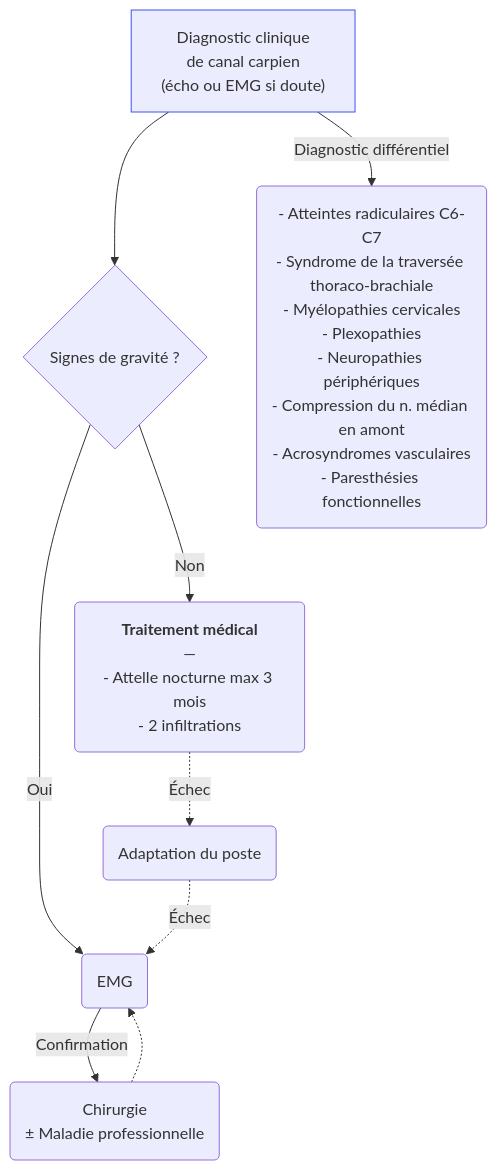
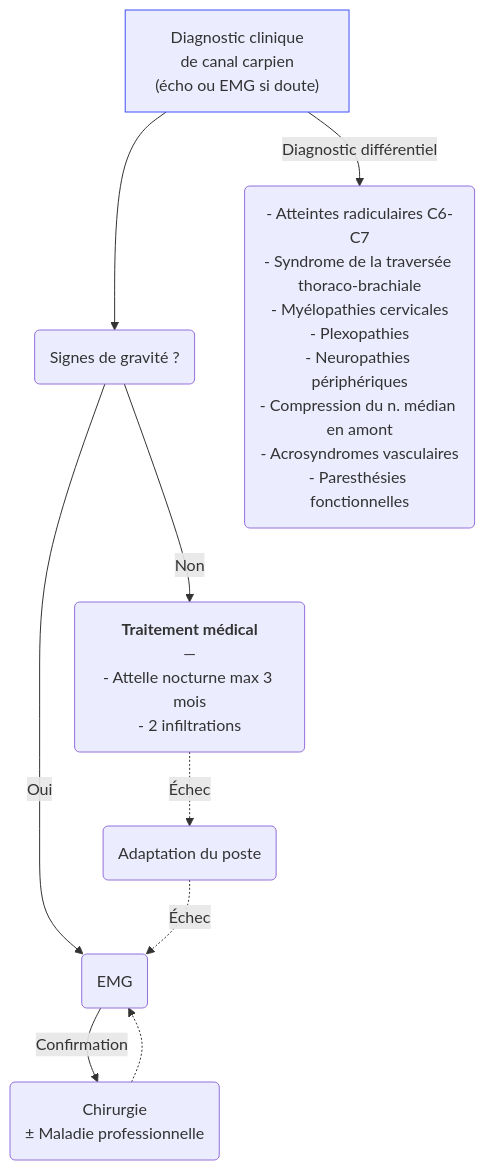
The diagram in content/recommandations/syndrome-canal-carpien.md (djibe/recommandations-medicales), drawn with Mermaid before and after one commit. The commit also changed 8 other files, not shown here.

```diff
--- a/content/recommandations/syndrome-canal-carpien.md
+++ b/content/recommandations/syndrome-canal-carpien.md
@@ -238,8 +238,8 @@
 {{< mermaid title="Prise en charge d'un syndrome du canal carpien. Dr JB Fron d'après HAS 2013 et Ameli 2021" >}}
 graph TD
-diagnostic["Diagnostic clinique<br>de canal carpien<br>(écho ou EMG si doute)"] --> gravite{Signes de gravité ?}
+diagnostic["Diagnostic clinique<br>de canal carpien<br>(écho ou EMG si doute)"] --> gravite(Signes de gravité ?)
 style diagnostic stroke:#4150f5, stroke-width:1px
 diagnostic -- Diagnostic différentiel --> differentiel("- Atteintes radiculaires C6-C7<br>- Syndrome de la traversée thoraco-brachiale<br>- Myélopathies cervicales<br>- Plexopathies<br>- Neuropathies périphériques<br>- Compression du n. médian en amont<br>- Acrosyndromes vasculaires<br>- Paresthésies fonctionnelles")
-  gravite -- Oui --> emg(EMG) -- Confirmation --> chir("Chirurgie<br>± Maladie professionnelle") -.-> emg
-  gravite -- Non --> medical("<strong>Traitement médical</strong><br>—<br>- Attelle nocturne max 3 mois<br>- 2 infiltrations") -. Échec .-> medTravail(Adaptation du poste) -. Échec .-> emg
+  gravite -- Oui --> EMG(EMG) -- Confirmation --> chir("Chirurgie<br>± Maladie professionnelle") -.-> EMG
+  gravite -- Non --> medical("<strong>Traitement médical</strong><br>—<br>- Attelle nocturne max 3 mois<br>- 2 infiltrations") -. Échec .-> medTravail(Adaptation du poste) -. Échec .-> EMG
 {{< /mermaid >}}
```
